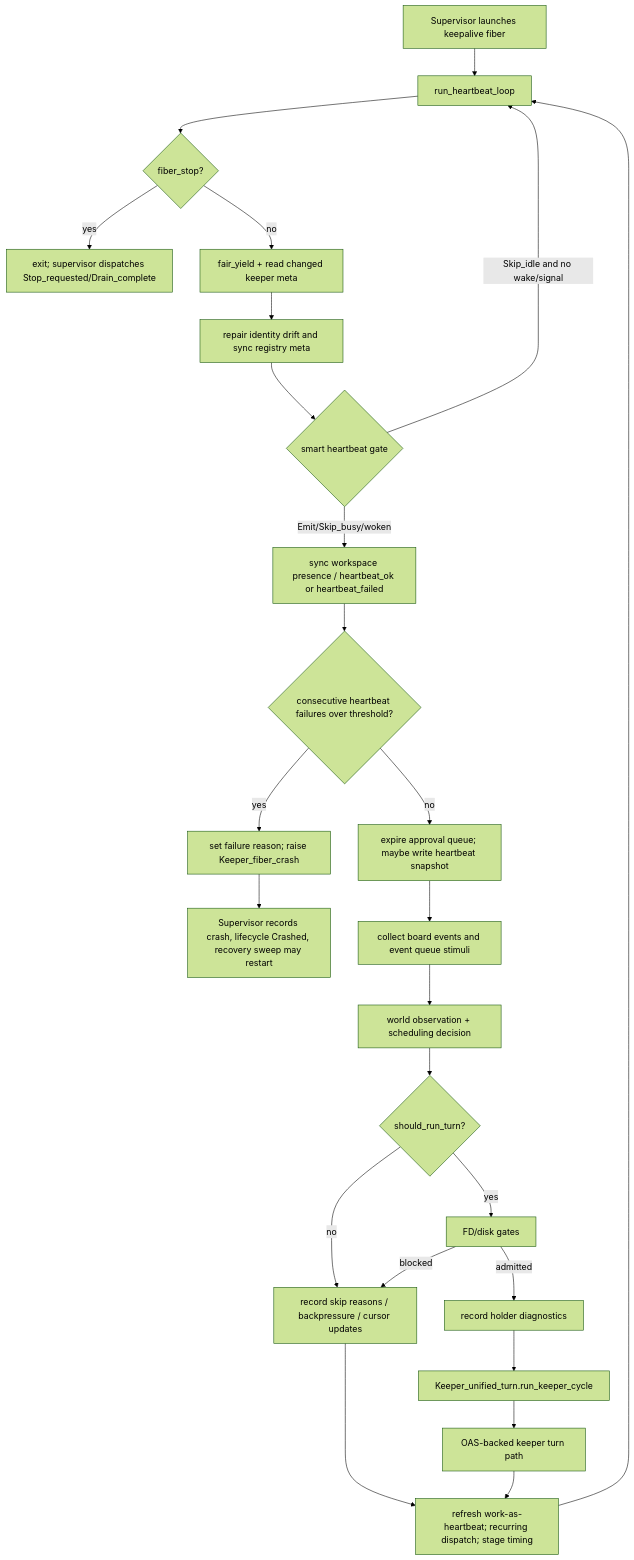
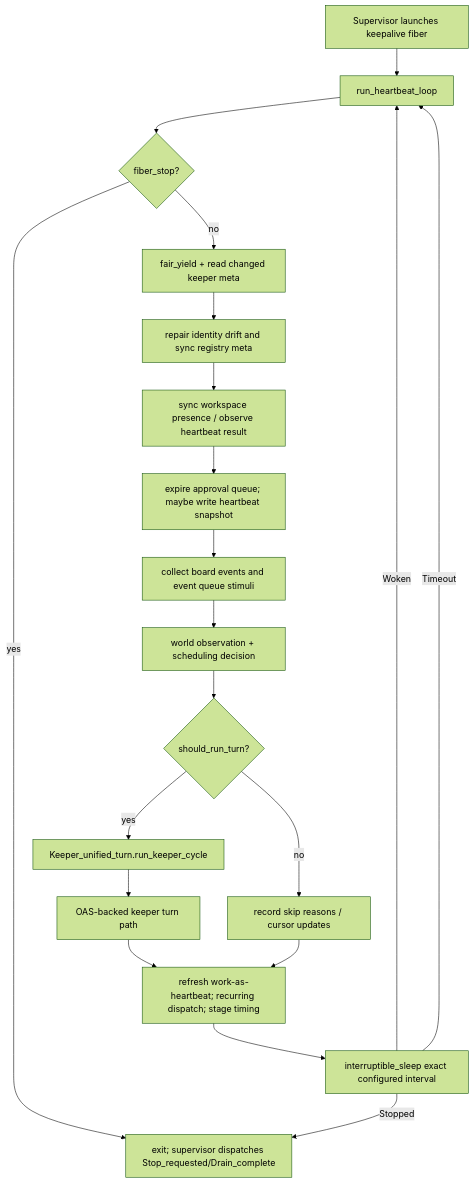
The second of 5 diagrams in docs/keeper-turn-lifecycle.md (jeong-sik/masc), drawn with Mermaid (forest theme) before and after one commit. The commit also changed 2425 other files, not shown here.

Commit message:
refactor: replace keeper governance with nonhierarchical gate

````diff
--- a/docs/keeper-turn-lifecycle.md
+++ b/docs/keeper-turn-lifecycle.md
@@ -60,27 +60,22 @@
 ```mermaid
 flowchart TD
     A[Supervisor launches keepalive fiber] --> B[run_heartbeat_loop]
     B --> C{fiber_stop?}
     C -- yes --> Z[exit; supervisor dispatches Stop_requested/Drain_complete]
     C -- no --> D[fair_yield + read changed keeper meta]
     D --> E[repair identity drift and sync registry meta]
-    E --> F{smart heartbeat gate}
-    F -- Skip_idle and no wake/signal --> B
-    F -- Emit/Skip_busy/woken --> G[sync workspace presence / heartbeat_ok or heartbeat_failed]
-    G --> H{consecutive heartbeat failures over threshold?}
-    H -- yes --> X[set failure reason; raise Keeper_fiber_crash]
-    H -- no --> I[expire approval queue; maybe write heartbeat snapshot]
+    E --> G[sync workspace presence / observe heartbeat result]
+    G --> I[expire approval queue; maybe write heartbeat snapshot]
     I --> J[collect board events and event queue stimuli]
     J --> K[world observation + scheduling decision]
     K --> L{should_run_turn?}
-    L -- no --> M[record skip reasons / backpressure / cursor updates]
-    L -- yes --> N[FD/disk gates]
-    N -- blocked --> M
-    N -- admitted --> O[record holder diagnostics]
-    O --> P[Keeper_unified_turn.run_keeper_cycle]
+    L -- no --> M[record skip reasons / cursor updates]
+    L -- yes --> P[Keeper_unified_turn.run_keeper_cycle]
     P --> Q[OAS-backed keeper turn path]
     Q --> R[refresh work-as-heartbeat; recurring dispatch; stage timing]
     M --> R
-    R --> B
-    X --> Y[Supervisor records crash, lifecycle Crashed, recovery sweep may restart]
+    R --> S[interruptible_sleep exact configured interval]
+    S -- Woken --> B
+    S -- Timeout --> B
+    S -- Stopped --> Z
 ```
````
